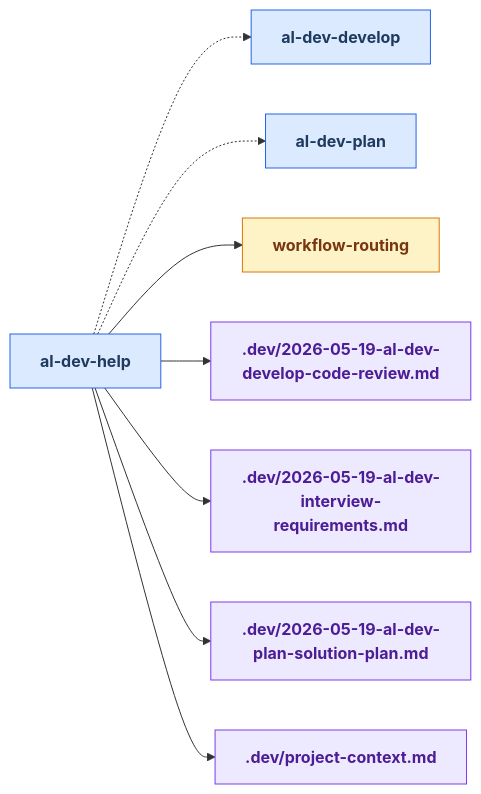
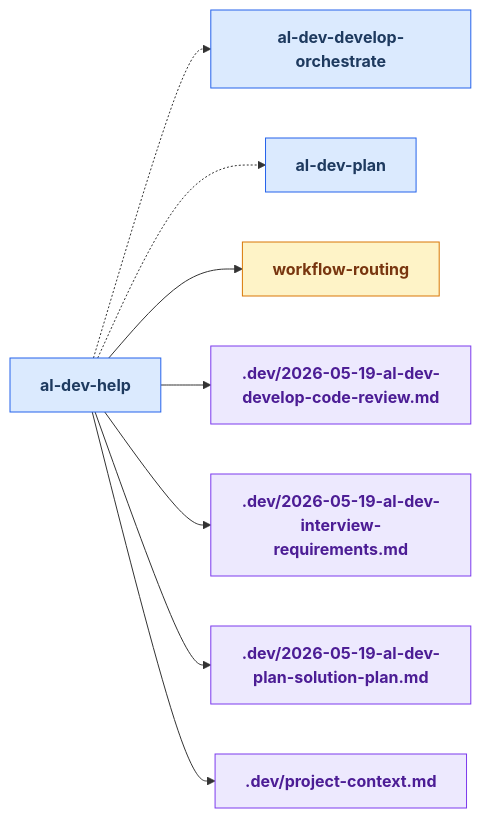
Before and after one commit to russell-laing/al-dev-shared: diagram 23 of 25 in docs/al-dev-skills-map.md, drawn with Mermaid. The commit also changed other lines of this file and 53 other files, not shown here.

Commit message:
refactor(skill): rename al-dev-develop to al-dev-develop-orchestrate, keep artifact prefix stable (#875)

````diff
--- a/docs/al-dev-skills-map.md
+++ b/docs/al-dev-skills-map.md
@@ -1049,34 +1043,34 @@
 ```mermaid
 flowchart LR
     classDef skillNode fill:#dbeafe,stroke:#2563eb,color:#1e3a5f,font-weight:bold
     classDef agentNode fill:#d1fae5,stroke:#059669,color:#064e3b,font-weight:bold
     classDef knowledgeNode fill:#fef3c7,stroke:#d97706,color:#78350f,font-weight:bold
     classDef artifactNode fill:#ede9fe,stroke:#7c3aed,color:#4c1d95,font-weight:bold
     classDef phaseNode fill:#e0e7ff,stroke:#6366f1,color:#312e81,font-weight:bold
 
     skill_al_dev_help[al-dev-help]
-    skill_al_dev_develop[al-dev-develop]
+    skill_al_dev_develop_orchestrate[al-dev-develop-orchestrate]
     skill_al_dev_plan[al-dev-plan]
     knowledge_workflow_routing_md[workflow-routing]
     artifact_2026_05_19_al_dev_develop_code_review_md[.dev/2026-05-19-al-dev-develop-code-review.md]
     artifact_2026_05_19_al_dev_interview_requirements_md[.dev/2026-05-19-al-dev-interview-requirements.md]
     artifact_2026_05_19_al_dev_plan_solution_plan_md[.dev/2026-05-19-al-dev-plan-solution-plan.md]
     artifact_project_context_md[.dev/project-context.md]
 
-    skill_al_dev_help -.-> skill_al_dev_develop
+    skill_al_dev_help -.-> skill_al_dev_develop_orchestrate
     skill_al_dev_help -.-> skill_al_dev_plan
     skill_al_dev_help --> knowledge_workflow_routing_md
     skill_al_dev_help --> artifact_2026_05_19_al_dev_develop_code_review_md
     skill_al_dev_help --> artifact_2026_05_19_al_dev_interview_requirements_md
     skill_al_dev_help --> artifact_2026_05_19_al_dev_plan_solution_plan_md
     skill_al_dev_help --> artifact_project_context_md
 
     class skill_al_dev_help skillNode
-    class skill_al_dev_develop skillNode
+    class skill_al_dev_develop_orchestrate skillNode
     class skill_al_dev_plan skillNode
     class knowledge_workflow_routing_md knowledgeNode
     class artifact_2026_05_19_al_dev_develop_code_review_md artifactNode
     class artifact_2026_05_19_al_dev_interview_requirements_md artifactNode
     class artifact_2026_05_19_al_dev_plan_solution_plan_md artifactNode
     class artifact_project_context_md artifactNode
 ```
````
